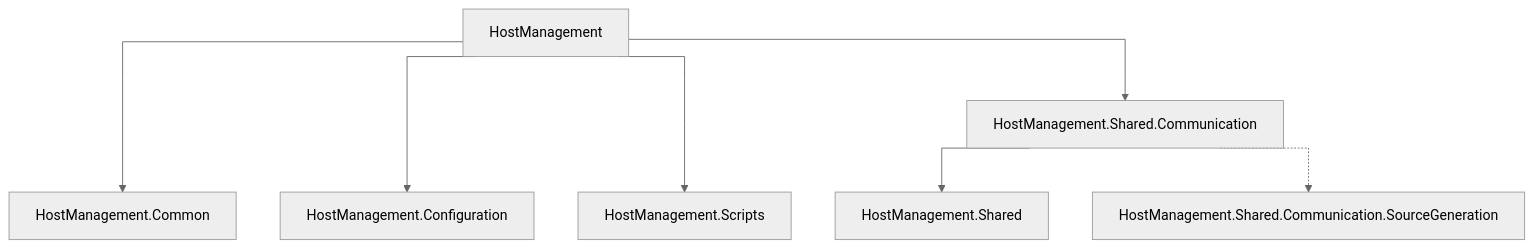
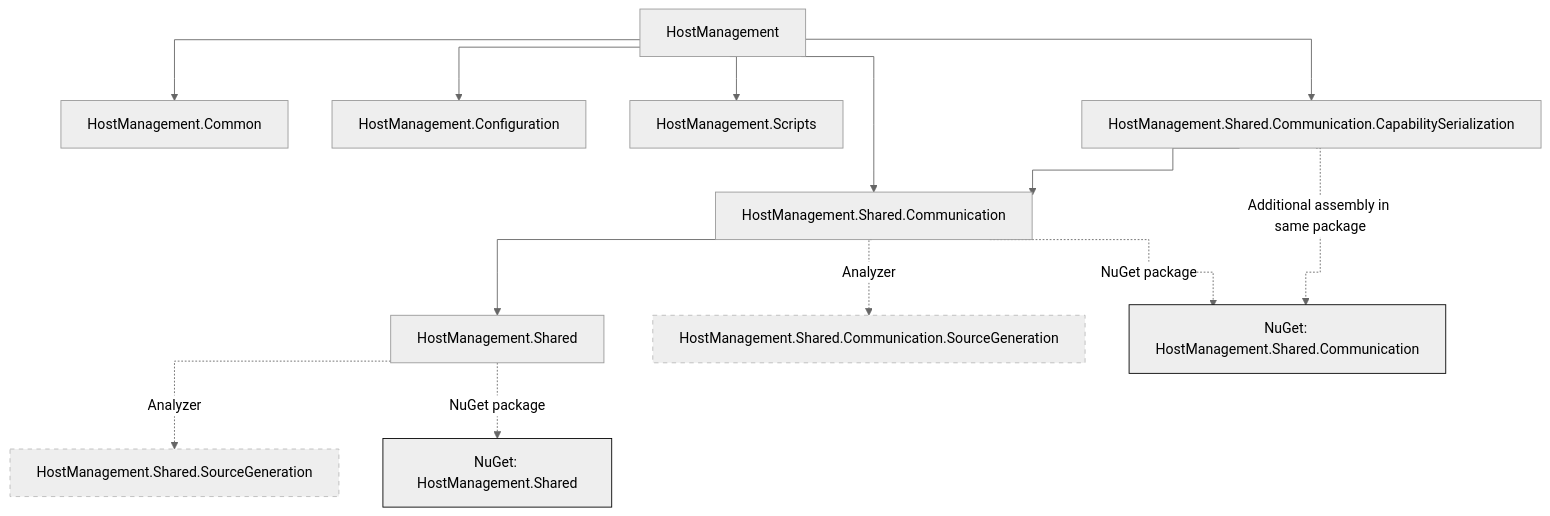
One commit to vicione-oss/vicione-os-hostmgmt changed the diagram in README.md. Above: the diagram before and after it, drawn with Mermaid (neutral theme). The commit also changed other lines of this file and 1 other file, not shown here.

````diff
--- a/README.md
+++ b/README.md
@@ -189,14 +189,29 @@
 ```mermaid
 
 %%{ init: { 'flowchart': { 'curve': 'stepAfter' } } }%%
 flowchart TD
 
-  HostManagement ---> HostManagement.Common
-  HostManagement ---> HostManagement.Configuration
-  HostManagement ---> HostManagement.Scripts
-  HostManagement --> HostManagement.Shared.Communication --> HostManagement.Shared
+  HostManagement --> HostManagementCommon["HostManagement.Common"]
+  HostManagement --> HostManagementConfiguration["HostManagement.Configuration"]
+  HostManagement --> HostManagementScripts["HostManagement.Scripts"]
+  HostManagement --> HostManagementSharedCommunication["HostManagement.Shared.Communication"]
+  HostManagement --> HostManagementSharedCommunicationCapabilitySerialization["HostManagement.Shared.Communication.CapabilitySerialization"]
+
+  HostManagementSharedCommunication --> HostManagementShared["HostManagement.Shared"]
+  HostManagementSharedCommunicationCapabilitySerialization --> HostManagementSharedCommunication
 
   %% Compile‑time dependencies (source generators)
-  HostManagement.Shared.Communication -.-> HostManagement.Shared.Communication.SourceGeneration
+  HostManagementShared -.->|Analyzer| HostManagementSharedSourceGeneration["HostManagement.Shared.SourceGeneration"]
+  HostManagementSharedCommunication -.->|Analyzer| HostManagementSharedCommunicationSourceGeneration["HostManagement.Shared.Communication.SourceGeneration"]
 
+  %% NuGets
+  HostManagementShared -.->|NuGet package| HostManagementSharedNuGet["NuGet: HostManagement.Shared"]
+  HostManagementSharedCommunication -.->|NuGet package| HostManagementSharedCommunicationNuGet["NuGet: HostManagement.Shared.Communication"]
+  HostManagementSharedCommunicationCapabilitySerialization -.->|Additional assembly in same package| HostManagementSharedCommunicationNuGet
+
+  classDef nuGet stroke:#000,stroke-width:1px
+  class HostManagementSharedNuGet,HostManagementSharedCommunicationNuGet nuGet
+
+  classDef generator stroke:#bbb,stroke-width:1px,stroke-dasharray: 5 5
+  class HostManagementSharedSourceGeneration,HostManagementSharedCommunicationSourceGeneration generator
 ```
````
